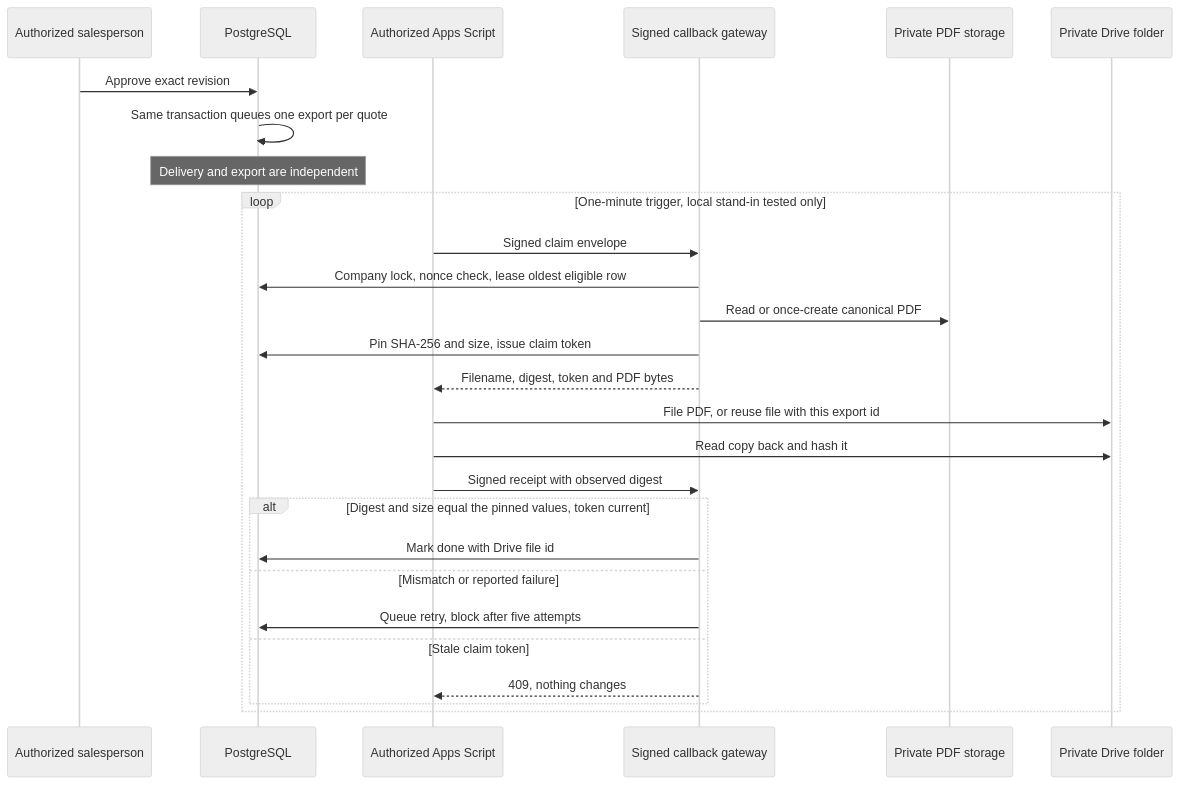
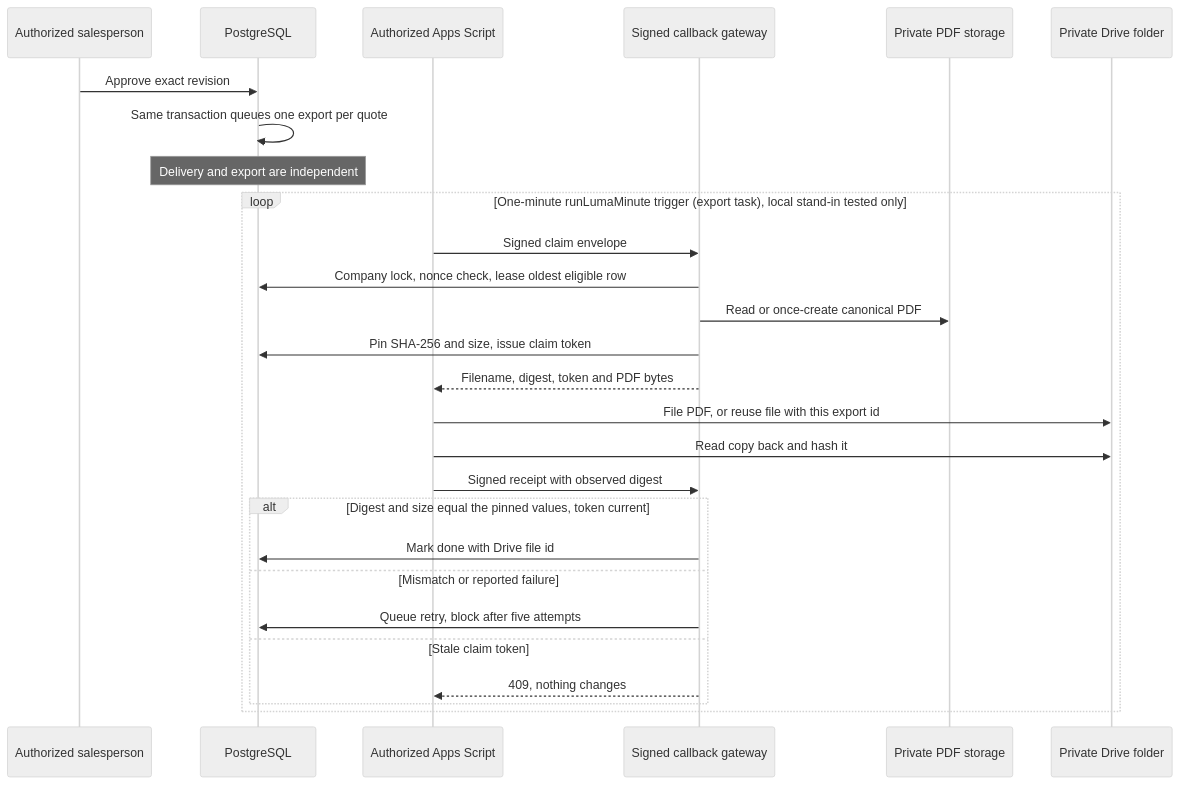
One commit to Nagdy8888/lumaquote changed the diagram in docs/diagrams/drive-export.mmd. Above: the diagram before and after it, drawn with Mermaid (neutral theme). The commit also changed 23 other files, not shown here.

Commit message:
fix(gas): run all minute tasks from one trigger under one lock (D50)

```diff
--- a/docs/diagrams/drive-export.mmd
+++ b/docs/diagrams/drive-export.mmd
@@ -1,29 +1,29 @@
 sequenceDiagram
   accTitle: Pull-based Drive export of an approved quotation PDF
   accDescr: Approval queues one export row beside, not inside, customer delivery. Apps Script polls the signed gateway, receives the canonical stored PDF with a pinned digest and a claim token, files it in a private Drive folder, reads the copy back and reports its digest. The backend marks the export done only when the digest equals the canonical one; otherwise it retries up to five attempts and then blocks. Live Google execution is unverified.
   participant Staff as Authorized salesperson
   participant DB as PostgreSQL
   participant GAS as Authorized Apps Script
   participant API as Signed callback gateway
   participant Store as Private PDF storage
   participant Drive as Private Drive folder
   Staff->>DB: Approve exact revision
   DB->>DB: Same transaction queues one export per quote
   Note over DB: Delivery and export are independent
-  loop One-minute trigger, local stand-in tested only
+  loop One-minute runLumaMinute trigger (export task), local stand-in tested only
     GAS->>API: Signed claim envelope
     API->>DB: Company lock, nonce check, lease oldest eligible row
     API->>Store: Read or once-create canonical PDF
     API->>DB: Pin SHA-256 and size, issue claim token
     API-->>GAS: Filename, digest, token and PDF bytes
     GAS->>Drive: File PDF, or reuse file with this export id
     GAS->>Drive: Read copy back and hash it
     GAS->>API: Signed receipt with observed digest
     alt Digest and size equal the pinned values, token current
       API->>DB: Mark done with Drive file id
     else Mismatch or reported failure
       API->>DB: Queue retry, block after five attempts
     else Stale claim token
       API-->>GAS: 409, nothing changes
     end
   end
```
